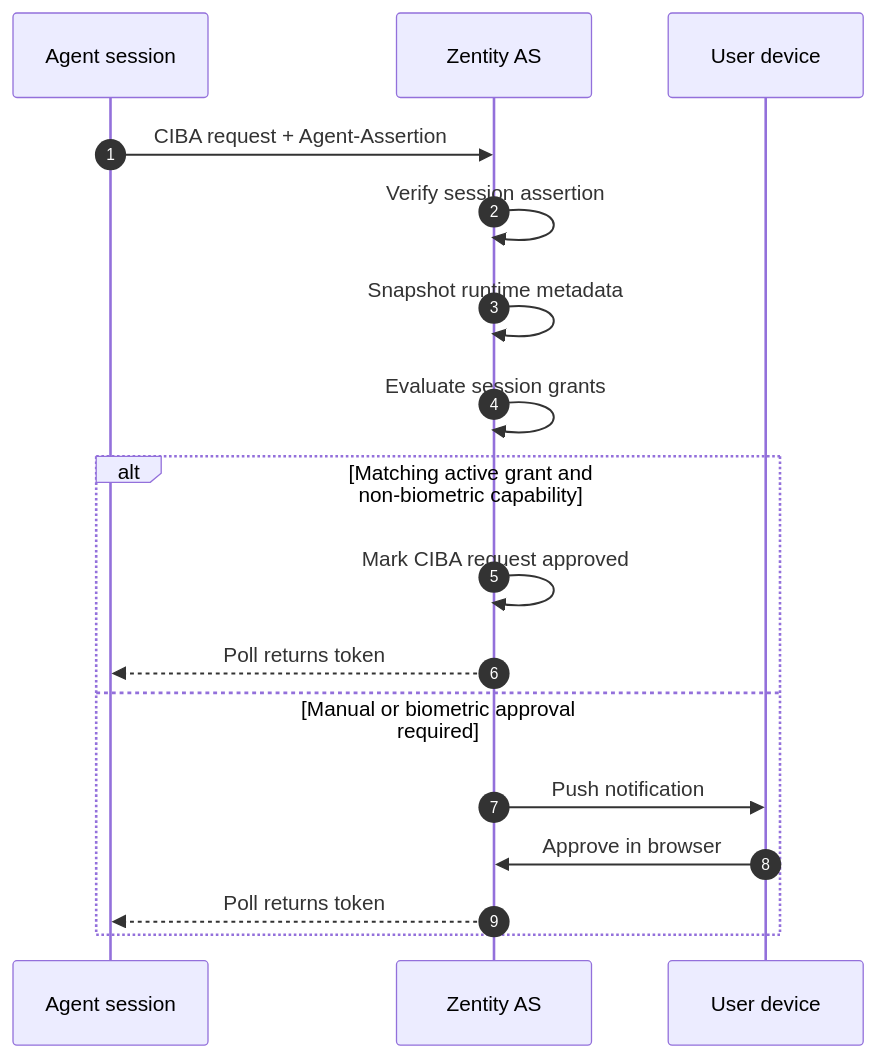
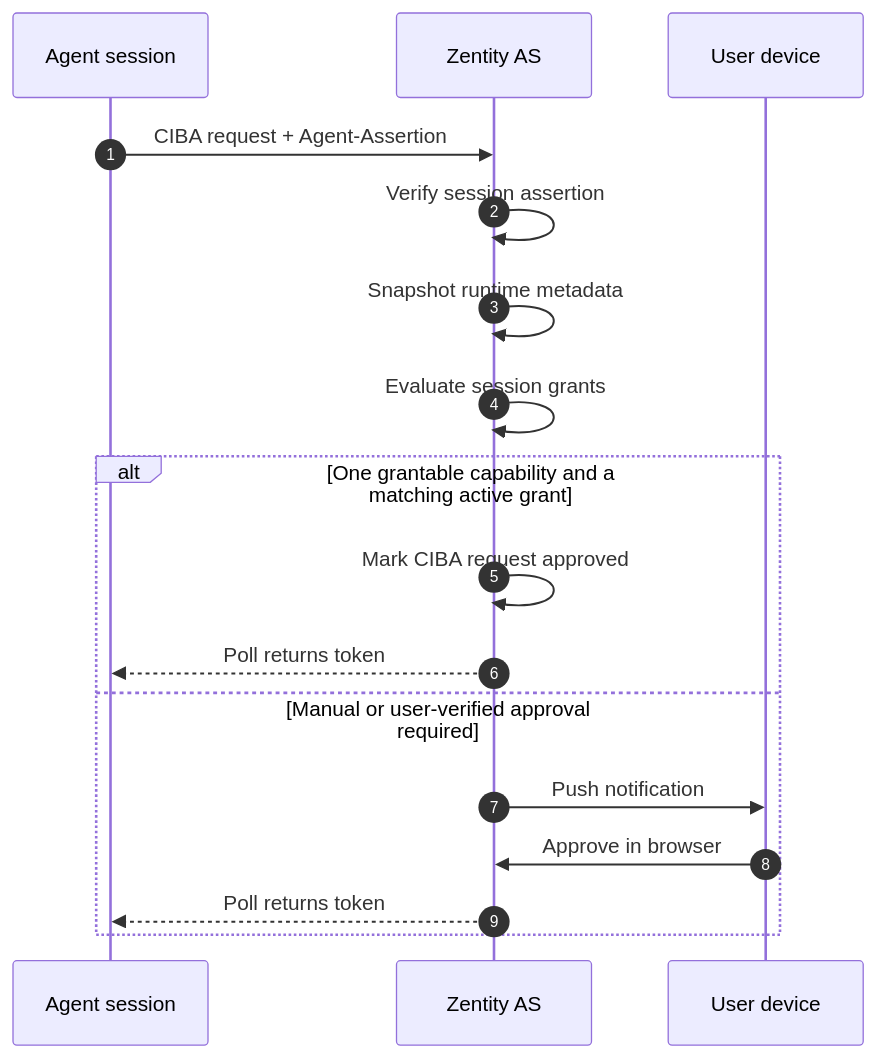
Before and after one commit to gustavovalverde/zentity: the third of 6 diagrams in docs/(architecture)/agent-architecture.md, drawn with Mermaid. The commit also changed other lines of this file and 24 other files, not shown here.

````diff
--- a/docs/(architecture)/agent-architecture.md
+++ b/docs/(architecture)/agent-architecture.md
@@ -311,21 +330,21 @@
 ```mermaid
 sequenceDiagram
   autonumber
   participant Agent as Agent session
   participant AS as Zentity AS
   participant User as User device
 
   Agent->>AS: CIBA request + Agent-Assertion
   AS->>AS: Verify session assertion
   AS->>AS: Snapshot runtime metadata
   AS->>AS: Evaluate session grants
 
-  alt Matching active grant and non-biometric capability
+  alt One grantable capability and a matching active grant
     AS->>AS: Mark CIBA request approved
     AS-->>Agent: Poll returns token
-  else Manual or biometric approval required
+  else Manual or user-verified approval required
     AS->>User: Push notification
     User->>AS: Approve in browser
     AS-->>Agent: Poll returns token
   end
 ```
````
